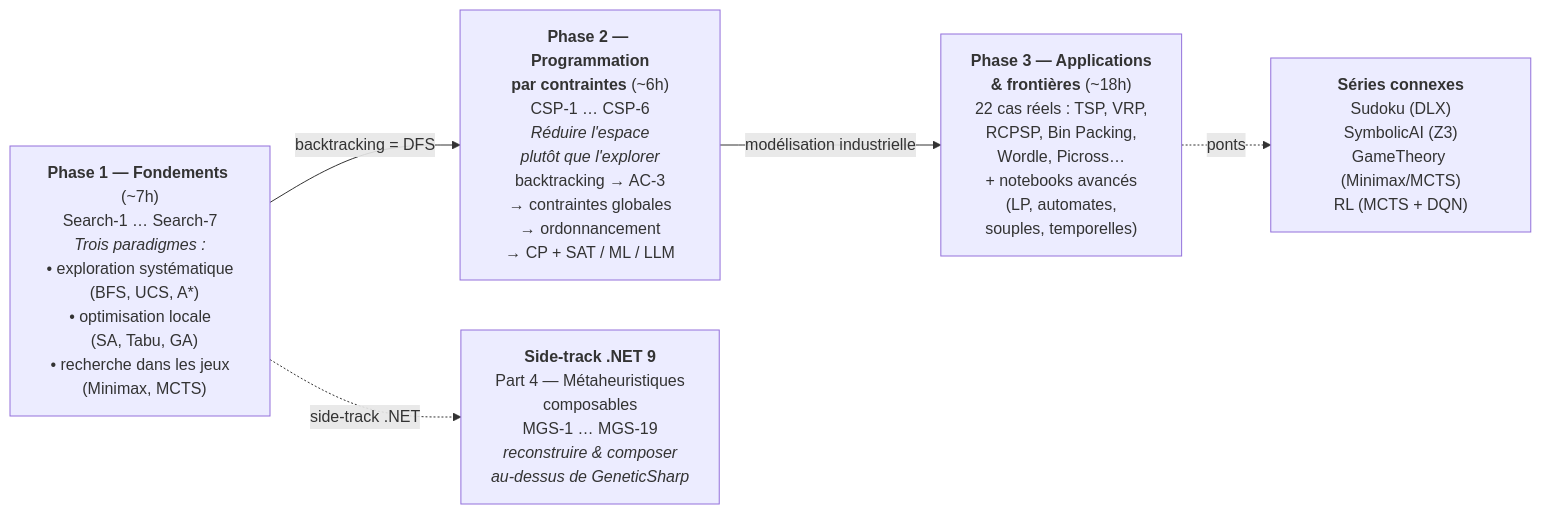
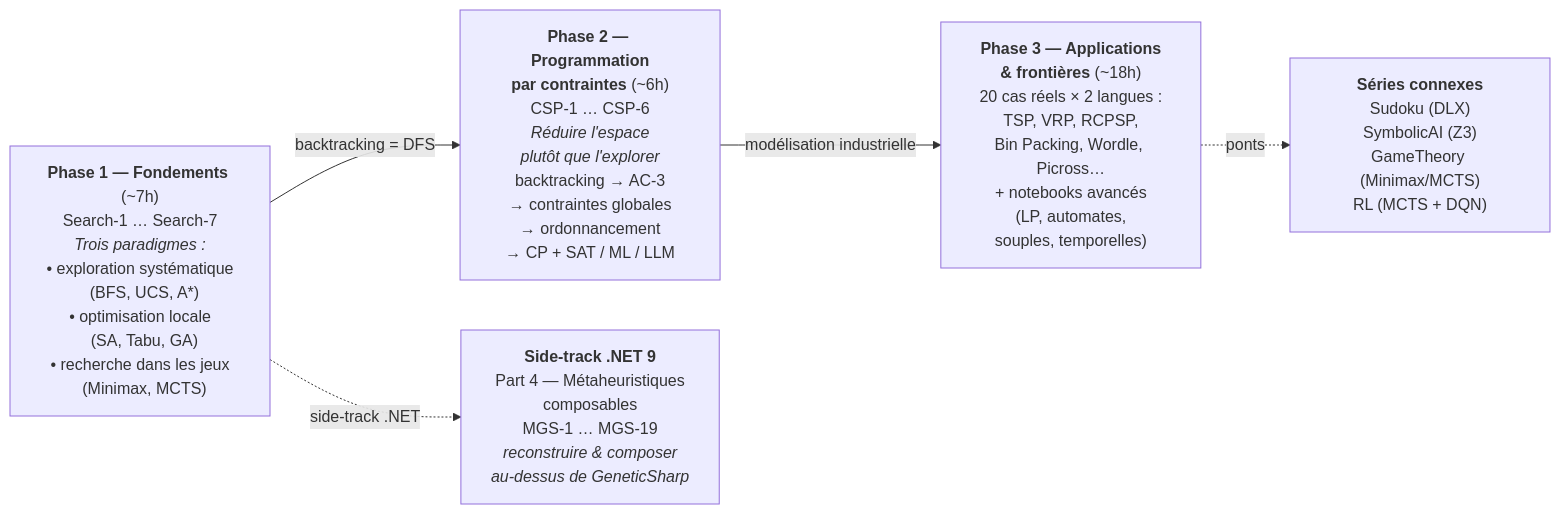
Before and after one commit to jsboige/CoursIA: the first of 2 diagrams in MyIA.AI.Notebooks/Search/README.md, drawn with Mermaid. The commit also changed other lines of this file and 11 other files, not shown here.

````diff
--- a/MyIA.AI.Notebooks/Search/README.md
+++ b/MyIA.AI.Notebooks/Search/README.md
@@ -65,12 +65,12 @@
 ```mermaid
 flowchart LR
     P1["<b>Phase 1 — Fondements</b> (~7h)<br/>Search-1 … Search-7<br/><i>Trois paradigmes :</i><br/>• exploration systématique<br/>&nbsp;&nbsp;(BFS, UCS, A*)<br/>• optimisation locale<br/>&nbsp;&nbsp;(SA, Tabu, GA)<br/>• recherche dans les jeux<br/>&nbsp;&nbsp;(Minimax, MCTS)"]
     P2["<b>Phase 2 — Programmation<br/>par contraintes</b> (~6h)<br/>CSP-1 … CSP-6<br/><i>Réduire l'espace<br/>plutôt que l'explorer</i><br/>backtracking → AC-3<br/>→ contraintes globales<br/>→ ordonnancement<br/>→ CP + SAT / ML / LLM"]
-    P3["<b>Phase 3 — Applications<br/>&amp; frontières</b> (~18h)<br/>22 cas réels : TSP, VRP,<br/>RCPSP, Bin Packing,<br/>Wordle, Picross…<br/>+ notebooks avancés<br/>(LP, automates,<br/>souples, temporelles)"]
+    P3["<b>Phase 3 — Applications<br/>&amp; frontières</b> (~18h)<br/>20 cas réels × 2 langues :<br/>TSP, VRP, RCPSP,<br/>Bin Packing, Wordle, Picross…<br/>+ notebooks avancés<br/>(LP, automates,<br/>souples, temporelles)"]
     BR["<b>Séries connexes</b><br/>Sudoku (DLX)<br/>SymbolicAI (Z3)<br/>GameTheory (Minimax/MCTS)<br/>RL (MCTS + DQN)"]
     P4["<b>Side-track .NET 9</b><br/>Part 4 — Métaheuristiques<br/>composables<br/>MGS-1 … MGS-19<br/><i>reconstruire &amp; composer<br/>au-dessus de GeneticSharp</i>"]
     P1 -->|"backtracking = DFS"| P2
     P2 -->|"modélisation industrielle"| P3
     P3 -.->|"ponts"| BR
     P1 -.->|"side-track .NET"| P4
 ```
````
